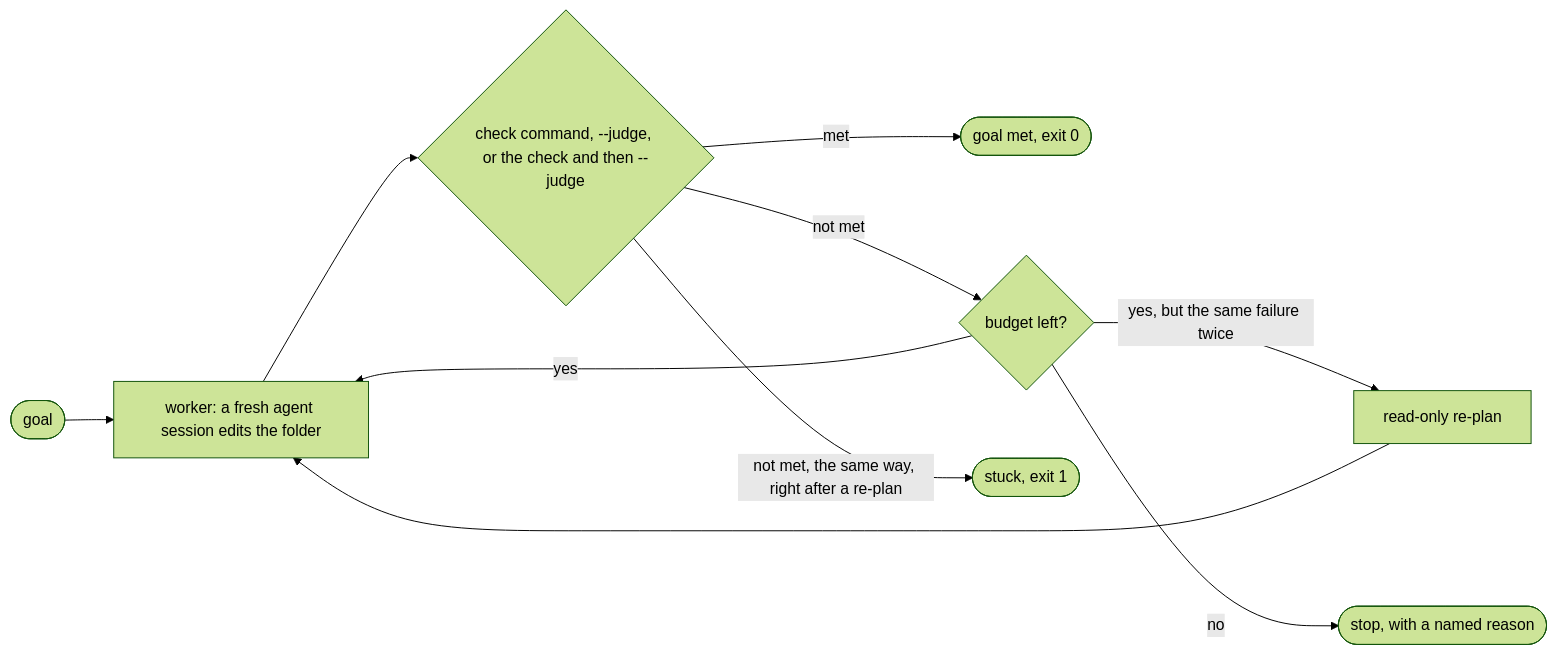
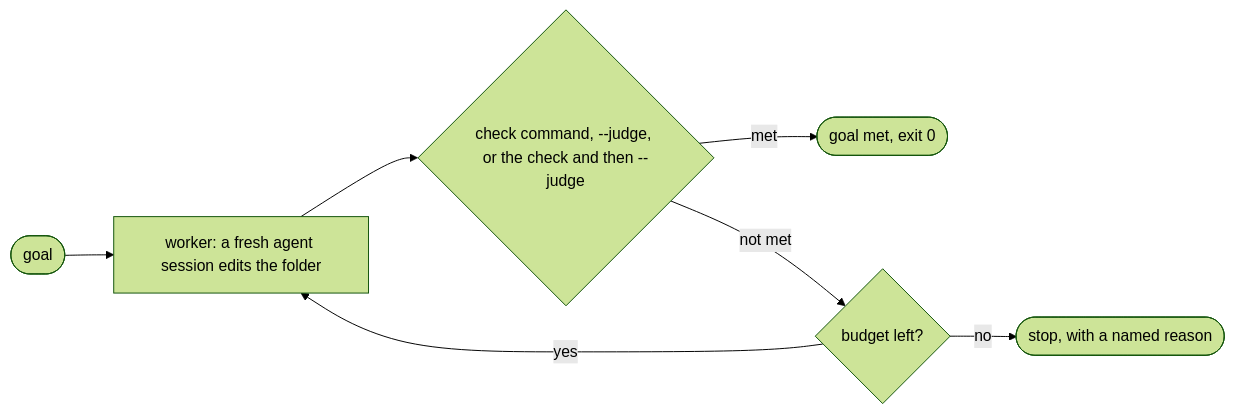
The diagram in README.md (ydmitry/subgoal-skill), drawn with Mermaid (forest theme) before and after one commit. The commit also changed other lines of this file and 14 other files, not shown here.

````diff
--- a/README.md
+++ b/README.md
@@ -29,11 +29,9 @@
 ```mermaid
 flowchart LR
     G([goal]) --> W["worker: a fresh agent session edits the folder"]
     W --> C{"check command, --judge, or the check and then --judge"}
     C -- met --> M([goal met, exit 0])
     C -- not met --> B{budget left?}
     B -- yes --> W
-    B -- "yes, but the same failure twice" --> P["read-only re-plan"] --> W
-    C -- "not met, the same way, right after a re-plan" --> X([stuck, exit 1])
     B -- no --> S([stop, with a named reason])
 ```
````
